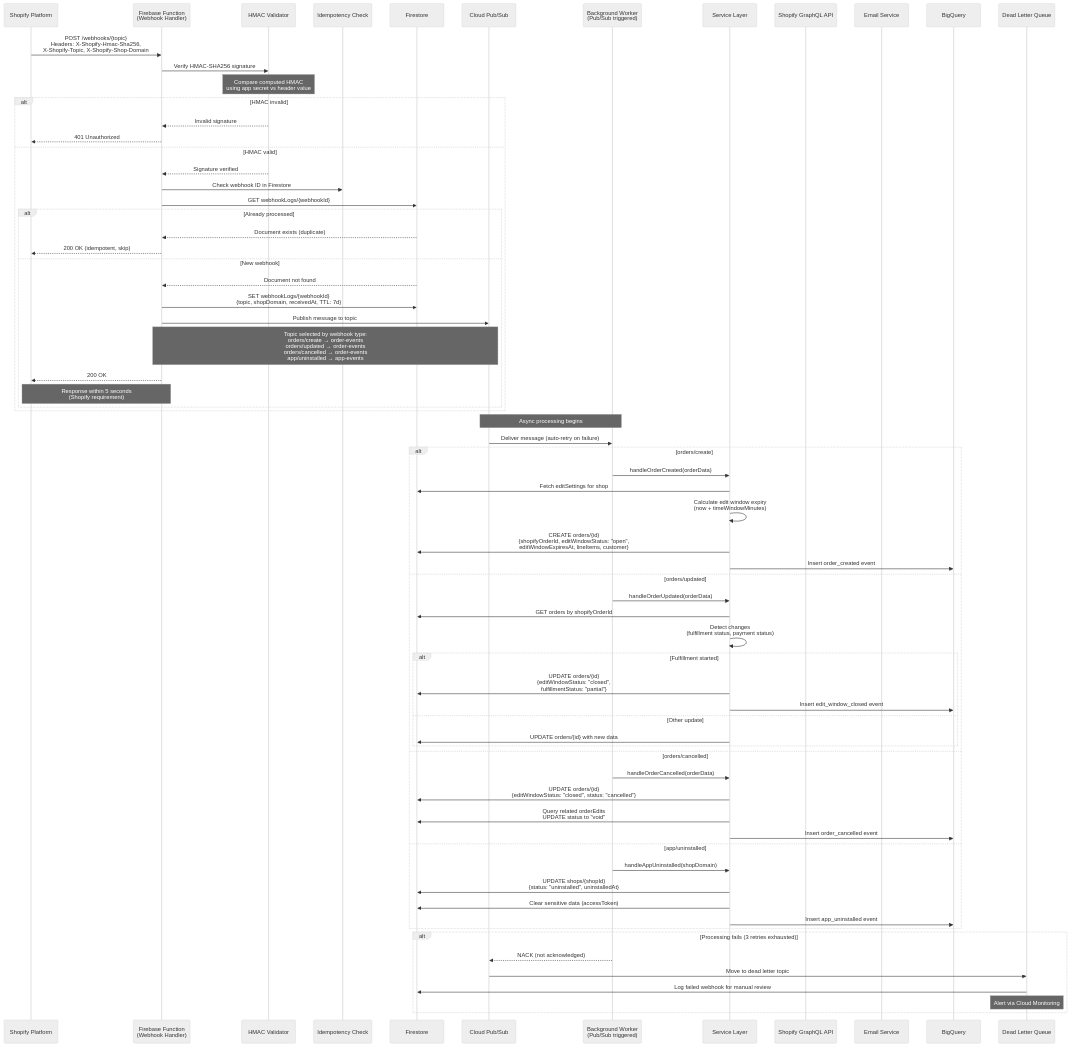
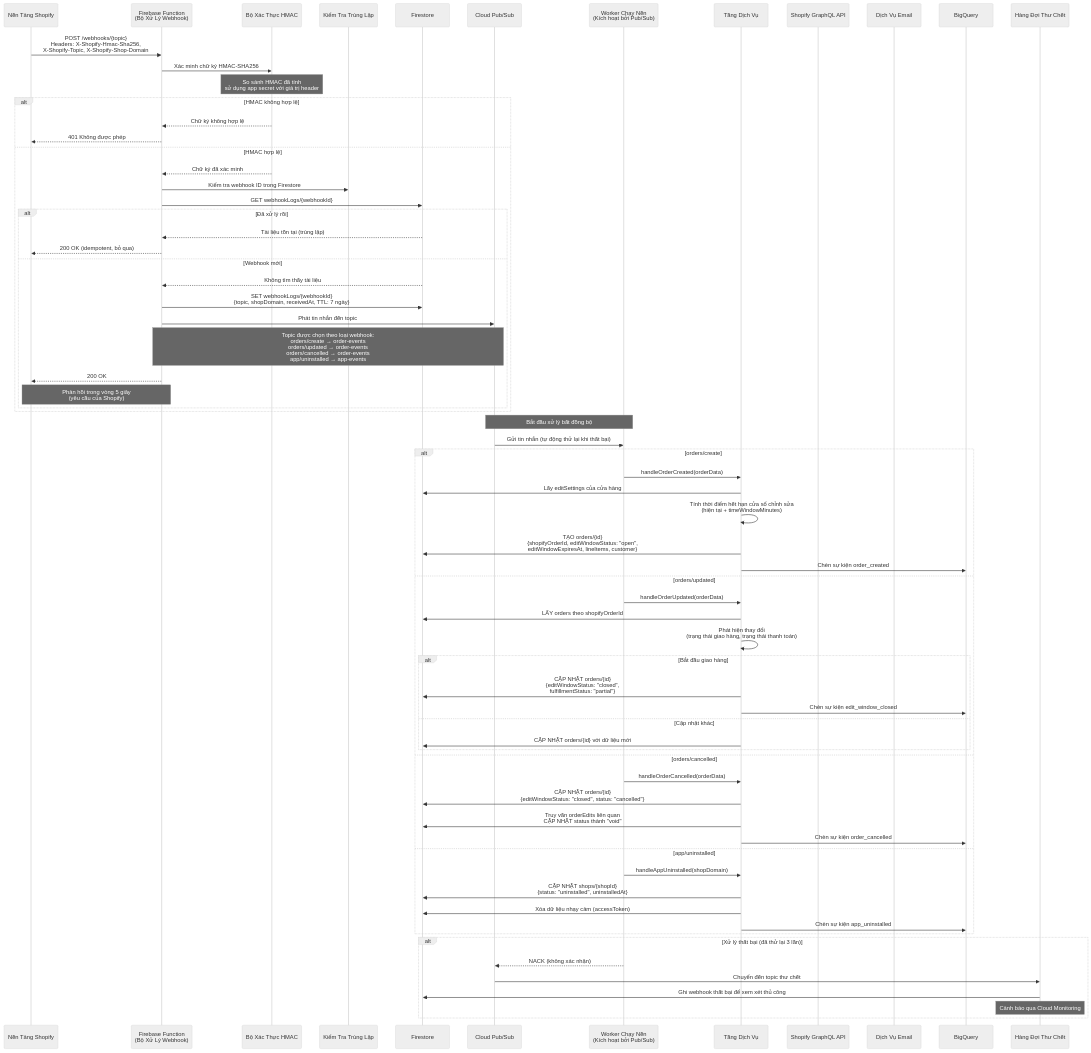
The tenth of 10 diagrams in order editing/research/08-diagrams.md (Roger-46/test), drawn with Mermaid (neutral theme) before and after one commit. The commit also changed other lines of this file and 20 other files, not shown here.

````diff
--- a/order editing/research/08-diagrams.md
+++ b/order editing/research/08-diagrams.md
@@ -823,88 +823,88 @@
 ```mermaid
 sequenceDiagram
-    participant SHOP as Shopify Platform
-    participant FF as Firebase Function<br/>(Webhook Handler)
-    participant HMAC as HMAC Validator
-    participant IDEM as Idempotency Check
+    participant SHOP as Nền Tảng Shopify
+    participant FF as Firebase Function<br/>(Bộ Xử Lý Webhook)
+    participant HMAC as Bộ Xác Thực HMAC
+    participant IDEM as Kiểm Tra Trùng Lặp
     participant FS as Firestore
     participant PS as Cloud Pub/Sub
-    participant BG as Background Worker<br/>(Pub/Sub triggered)
-    participant SVC as Service Layer
+    participant BG as Worker Chạy Nền<br/>(Kích hoạt bởi Pub/Sub)
+    participant SVC as Tầng Dịch Vụ
     participant SAPI as Shopify GraphQL API
-    participant EMAIL as Email Service
+    participant EMAIL as Dịch Vụ Email
     participant BQ as BigQuery
-    participant DLQ as Dead Letter Queue
+    participant DLQ as Hàng Đợi Thư Chết
 
     SHOP->>FF: POST /webhooks/{topic}<br/>Headers: X-Shopify-Hmac-Sha256,<br/>X-Shopify-Topic, X-Shopify-Shop-Domain
 
-    FF->>HMAC: Verify HMAC-SHA256 signature
-    Note over HMAC: Compare computed HMAC<br/>using app secret vs header value
+    FF->>HMAC: Xác minh chữ ký HMAC-SHA256
+    Note over HMAC: So sánh HMAC đã tính<br/>sử dụng app secret với giá trị header
 
-    alt HMAC invalid
-        HMAC-->>FF: Invalid signature
-        FF-->>SHOP: 401 Unauthorized
-    else HMAC valid
-        HMAC-->>FF: Signature verified
+    alt HMAC không hợp lệ
+        HMAC-->>FF: Chữ ký không hợp lệ
+        FF-->>SHOP: 401 Không được phép
+    else HMAC hợp lệ
+        HMAC-->>FF: Chữ ký đã xác minh
 
-        FF->>IDEM: Check webhook ID in Firestore
+        FF->>IDEM: Kiểm tra webhook ID trong Firestore
         FF->>FS: GET webhookLogs/{webhookId}
 
-        alt Already processed
-            FS-->>FF: Document exists (duplicate)
-            FF-->>SHOP: 200 OK (idempotent, skip)
-        else New webhook
-            FS-->>FF: Document not found
+        alt Đã xử lý rồi
+            FS-->>FF: Tài liệu tồn tại (trùng lặp)
+            FF-->>SHOP: 200 OK (idempotent, bỏ qua)
+        else Webhook mới
+            FS-->>FF: Không tìm thấy tài liệu
 
-            FF->>FS: SET webhookLogs/{webhookId}<br/>{topic, shopDomain, receivedAt, TTL: 7d}
+            FF->>FS: SET webhookLogs/{webhookId}<br/>{topic, shopDomain, receivedAt, TTL: 7 ngày}
 
-            FF->>PS: Publish message to topic
-            Note over FF,PS: Topic selected by webhook type:<br/>orders/create → order-events<br/>orders/updated → order-events<br/>orders/cancelled → order-events<br/>app/uninstalled → app-events
+            FF->>PS: Phát tin nhắn đến topic
+            Note over FF,PS: Topic được chọn theo loại webhook:<br/>orders/create → order-events<br/>orders/updated → order-events<br/>orders/cancelled → order-events<br/>app/uninstalled → app-events
 
             FF-->>SHOP: 200 OK
-            Note over FF,SHOP: Response within 5 seconds<br/>(Shopify requirement)
+            Note over FF,SHOP: Phản hồi trong vòng 5 giây<br/>(yêu cầu của Shopify)
         end
     end
 
-    Note over PS,BG: Async processing begins
+    Note over PS,BG: Bắt đầu xử lý bất đồng bộ
 
-    PS->>BG: Deliver message (auto-retry on failure)
+    PS->>BG: Gửi tin nhắn (tự động thử lại khi thất bại)
 
     alt orders/create
         BG->>SVC: handleOrderCreated(orderData)
-        SVC->>FS: Fetch editSettings for shop
-        SVC->>SVC: Calculate edit window expiry<br/>(now + timeWindowMinutes)
-        SVC->>FS: CREATE orders/{id}<br/>{shopifyOrderId, editWindowStatus: "open",<br/>editWindowExpiresAt, lineItems, customer}
-        SVC->>BQ: Insert order_created event
+        SVC->>FS: Lấy editSettings của cửa hàng
+        SVC->>SVC: Tính thời điểm hết hạn cửa sổ chỉnh sửa<br/>(hiện tại + timeWindowMinutes)
+        SVC->>FS: TẠO orders/{id}<br/>{shopifyOrderId, editWindowStatus: "open",<br/>editWindowExpiresAt, lineItems, customer}
+        SVC->>BQ: Chèn sự kiện order_created
 
     else orders/updated
         BG->>SVC: handleOrderUpdated(orderData)
-        SVC->>FS: GET orders by shopifyOrderId
-        SVC->>SVC: Detect changes<br/>(fulfillment status, payment status)
+        SVC->>FS: LẤY orders theo shopifyOrderId
+        SVC->>SVC: Phát hiện thay đổi<br/>(trạng thái giao hàng, trạng thái thanh toán)
 
-        alt Fulfillment started
-            SVC->>FS: UPDATE orders/{id}<br/>{editWindowStatus: "closed",<br/>fulfillmentStatus: "partial"}
-            SVC->>BQ: Insert edit_window_closed event
-        else Other update
-            SVC->>FS: UPDATE orders/{id} with new data
+        alt Bắt đầu giao hàng
+            SVC->>FS: CẬP NHẬT orders/{id}<br/>{editWindowStatus: "closed",<br/>fulfillmentStatus: "partial"}
+            SVC->>BQ: Chèn sự kiện edit_window_closed
+        else Cập nhật khác
+            SVC->>FS: CẬP NHẬT orders/{id} với dữ liệu mới
         end
 
     else orders/cancelled
         BG->>SVC: handleOrderCancelled(orderData)
-        SVC->>FS: UPDATE orders/{id}<br/>{editWindowStatus: "closed", status: "cancelled"}
-        SVC->>FS: Query related orderEdits<br/>UPDATE status to "void"
-        SVC->>BQ: Insert order_cancelled event
+        SVC->>FS: CẬP NHẬT orders/{id}<br/>{editWindowStatus: "closed", status: "cancelled"}
+        SVC->>FS: Truy vấn orderEdits liên quan<br/>CẬP NHẬT status thành "void"
+        SVC->>BQ: Chèn sự kiện order_cancelled
 
     else app/uninstalled
         BG->>SVC: handleAppUninstalled(shopDomain)
-        SVC->>FS: UPDATE shops/{shopId}<br/>{status: "uninstalled", uninstalledAt}
-        SVC->>FS: Clear sensitive data (accessToken)
-        SVC->>BQ: Insert app_uninstalled event
+        SVC->>FS: CẬP NHẬT shops/{shopId}<br/>{status: "uninstalled", uninstalledAt}
+        SVC->>FS: Xóa dữ liệu nhạy cảm (accessToken)
+        SVC->>BQ: Chèn sự kiện app_uninstalled
     end
 
-    alt Processing fails (3 retries exhausted)
-        BG-->>PS: NACK (not acknowledged)
-        PS->>DLQ: Move to dead letter topic
-        DLQ->>FS: Log failed webhook for manual review
-        Note over DLQ: Alert via Cloud Monitoring
+    alt Xử lý thất bại (đã thử lại 3 lần)
+        BG-->>PS: NACK (không xác nhận)
+        PS->>DLQ: Chuyển đến topic thư chết
+        DLQ->>FS: Ghi webhook thất bại để xem xét thủ công
+        Note over DLQ: Cảnh báo qua Cloud Monitoring
     end
 ```
````
